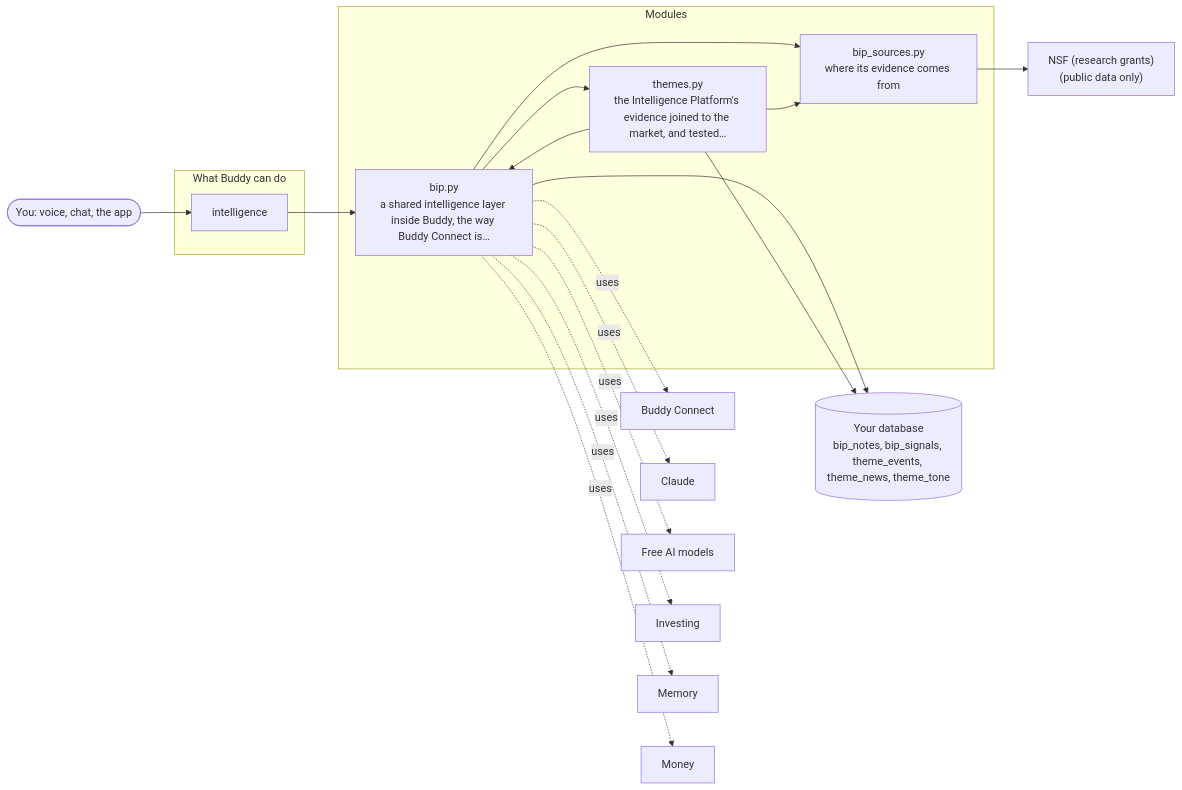
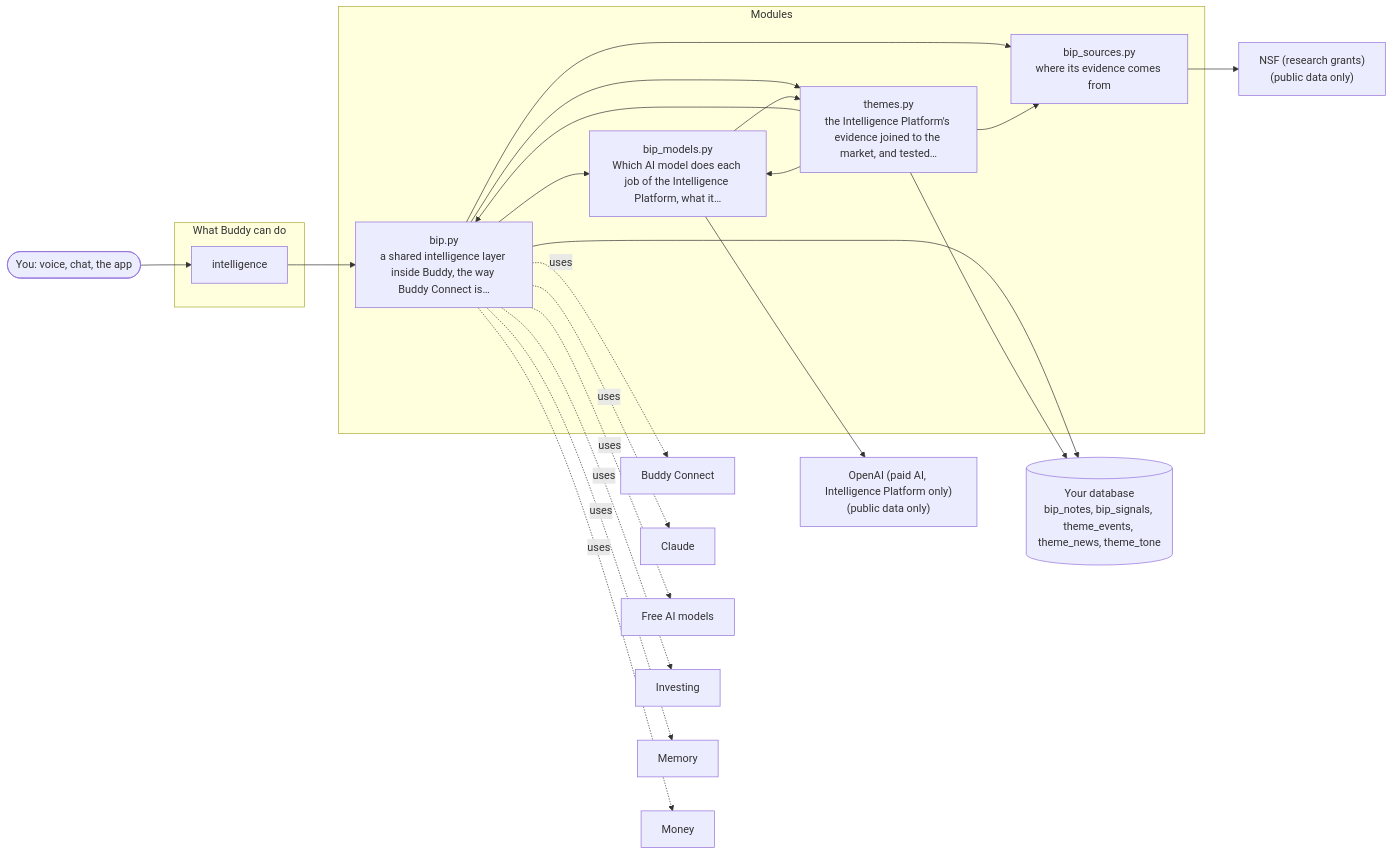
One commit to aneesh304810/BuddyAgent changed the diagram in docs/architecture/20-buddy-intelligence-platform.md. Above: the diagram before and after it, drawn with Mermaid. The commit also changed other lines of this file and 15 other files, not shown here.

First line of the commit message:
Intelligence: a model per job, a monthly spending limit, and a test to compare models

````diff
--- a/docs/architecture/20-buddy-intelligence-platform.md
+++ b/docs/architecture/20-buddy-intelligence-platform.md
@@ -7,35 +7,41 @@
 ```mermaid
 flowchart LR
     you(["You: voice, chat, the app"])
     subgraph Tools["What Buddy can do"]
         t_intelligence["intelligence"]
     end
     subgraph Modules["Modules"]
         bip_py["bip.py<br/>a shared intelligence layer inside Buddy, the way Buddy Connect is…"]
         bip_sources_py["bip_sources.py<br/>where its evidence comes from"]
         themes_py["themes.py<br/>the Intelligence Platform's evidence joined to the market, and tested…"]
+        bip_models_py["bip_models.py<br/>Which AI model does each job of the Intelligence Platform, what it…"]
     end
     you --> t_intelligence
     t_intelligence --> bip_py
+    bip_py --> bip_models_py
     bip_py --> bip_sources_py
     bip_py --> themes_py
     themes_py --> bip_py
+    themes_py --> bip_models_py
     themes_py --> bip_sources_py
+    bip_models_py --> themes_py
     db[("Your database<br/>bip_notes, bip_signals, theme_events, theme_news, theme_tone")]
     bip_py --> db
     themes_py --> db
     s_nsf["NSF (research grants)<br/>(public data only)"]
     bip_sources_py --> s_nsf
+    s_openai["OpenAI (paid AI, Intelligence Platform only)<br/>(public data only)"]
+    bip_models_py --> s_openai
     o_0["Buddy Connect"]
     bip_py -. uses .-> o_0
     o_1["Claude"]
     bip_py -. uses .-> o_1
     o_2["Free AI models"]
     bip_py -. uses .-> o_2
     o_3["Investing"]
     bip_py -. uses .-> o_3
     o_4["Memory"]
     bip_py -. uses .-> o_4
     o_5["Money"]
     bip_py -. uses .-> o_5
 ```
````
